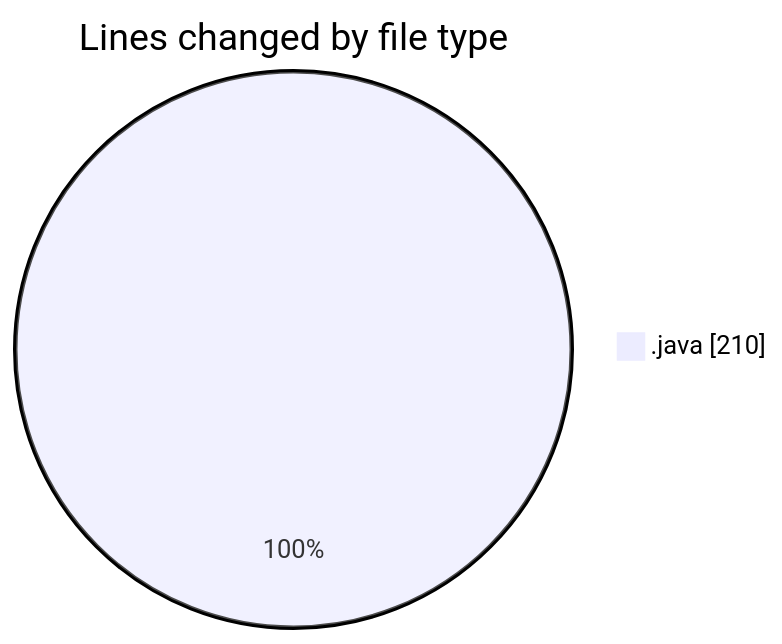
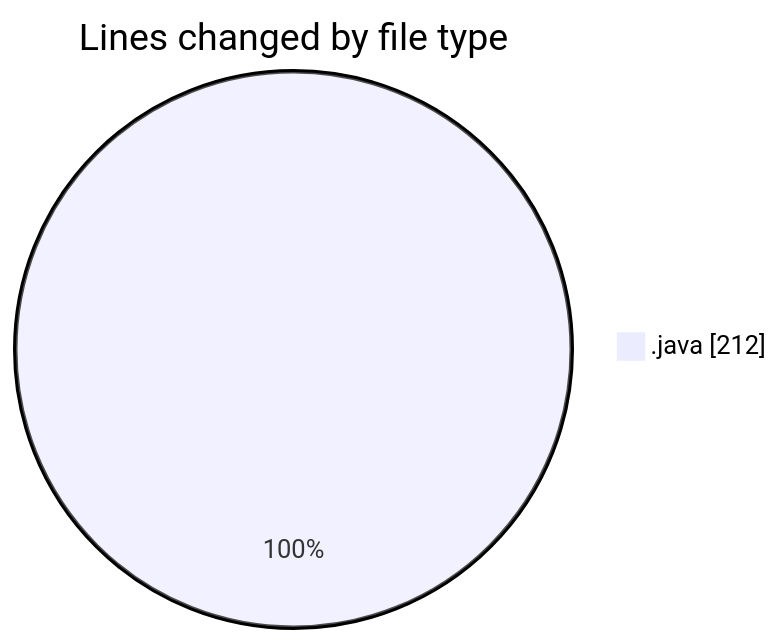
Before and after one commit to charlie-sans/code-tracking: the first of 2 diagrams in 2025-02-24/konsole/README.md, drawn with Mermaid. The commit also changed other lines of this file and 1 other file, not shown here.

````diff
--- a/2025-02-24/konsole/README.md
+++ b/2025-02-24/konsole/README.md
@@ -20,5 +20,5 @@
 ```mermaid
 pie showData
 title Lines changed by file type
-".java" : 210
+".java" : 212
 ```
````
